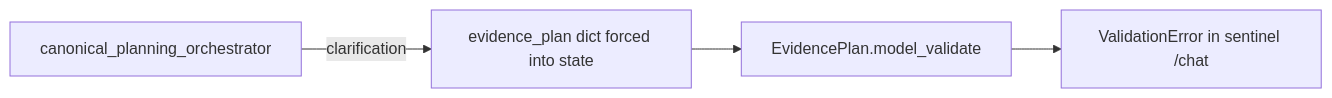
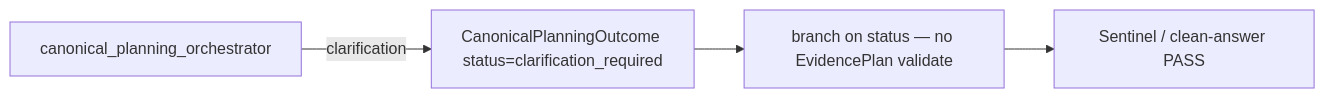
The second of 2 diagrams in plans/2026-07-24_2310_guided-detail-tools-consumable-handoff.md (Anurag-go4gst/ai-soc-assistant), drawn with Mermaid before and after one commit. The commit also changed other lines of this file and 2 other files, not shown here.

````diff
--- a/plans/2026-07-24_2310_guided-detail-tools-consumable-handoff.md
+++ b/plans/2026-07-24_2310_guided-detail-tools-consumable-handoff.md
@@ -234,6 +327,6 @@
 ```mermaid
 flowchart LR
-  orch[canonical_planning_orchestrator] -->|clarification| partial["evidence_plan dict forced into state"]
-  partial --> downstream["EvidencePlan.model_validate"]
-  downstream --> fail[ValidationError in sentinel /chat]
+  orch[canonical_planning_orchestrator] -->|clarification| outcome["CanonicalPlanningOutcome status=clarification_required"]
+  outcome --> downstream["branch on status — no EvidencePlan validate"]
+  downstream --> pass[Sentinel / clean-answer PASS]
 ```
````
